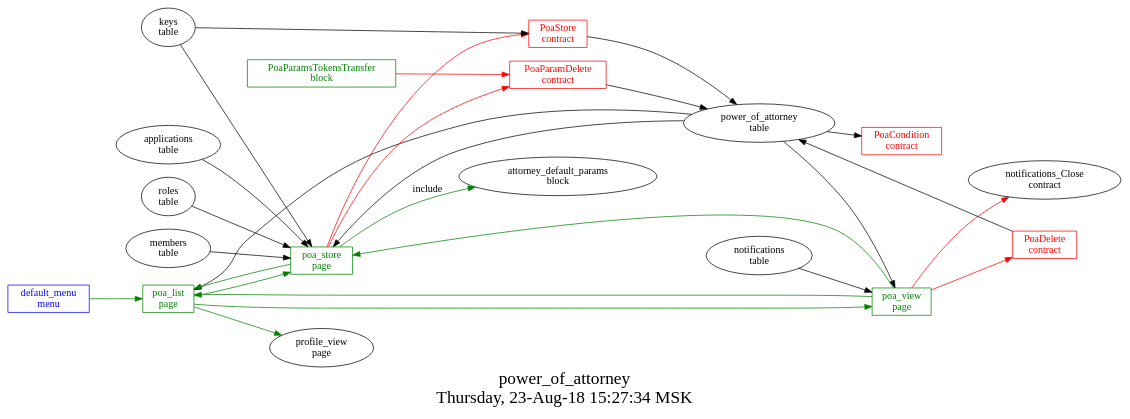
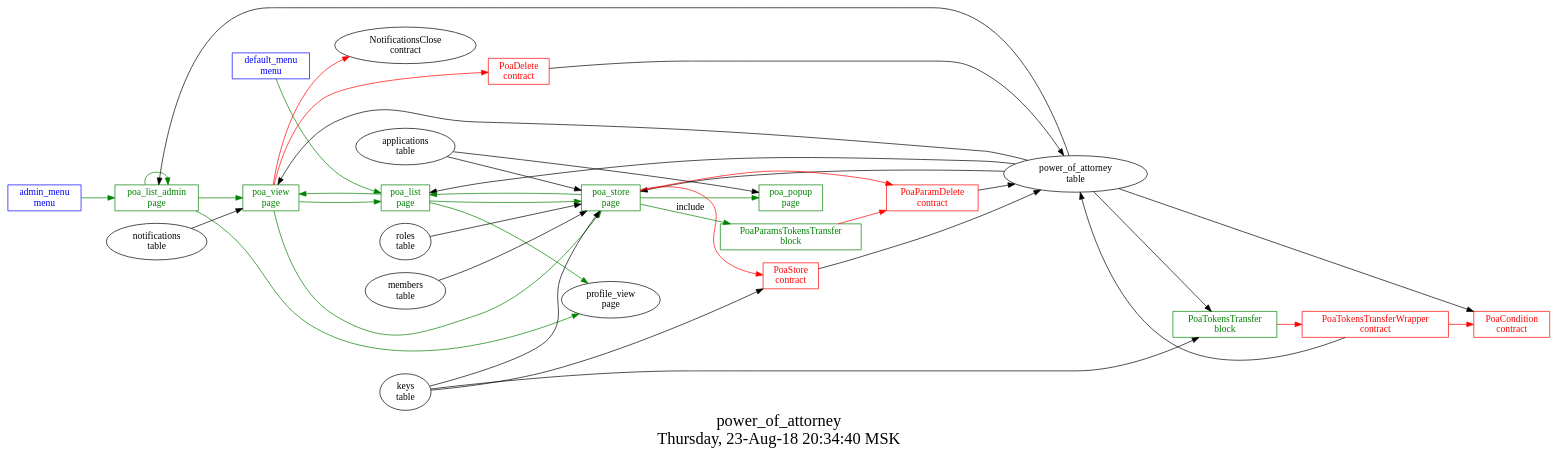
Before and after one commit to AlexZeDim/apps: the diagram in src/power_of_attorney/struct.dot, drawn with Graphviz. The commit also changed 37 other files, not shown here.

```diff
--- a/src/power_of_attorney/struct.dot
+++ b/src/power_of_attorney/struct.dot
@@ -1,46 +1,63 @@
 digraph G {
 graph [
   fontsize="24";
-  label="power_of_attorney\nThursday, 23-Aug-18 15:27:34 MSK";
+  label="power_of_attorney\nThursday, 23-Aug-18 20:34:40 MSK";
   nojustify=true;
   ordering=out;
   rankdir=LR;
   size="30";
 ];
+"admin_menu\nmenu" -> "poa_list_admin\npage"  [ color=green ]
+"admin_menu\nmenu" [color=blue, fontcolor=blue, group=menus, shape=record];
 "default_menu\nmenu" -> "poa_list\npage"  [ color=green ]
 "default_menu\nmenu" [color=blue, fontcolor=blue, group=menus, shape=record];
 "power_of_attorney\ntable" -> "poa_list\npage"
 "poa_list\npage" -> "poa_store\npage"  [ color=green ]
 "poa_list\npage" -> "poa_view\npage"  [ color=green ]
 "poa_list\npage" -> "profile_view\npage"  [ color=green ]
 "poa_list\npage" [color=green, fontcolor=green, group=pages, shape=record];
+"power_of_attorney\ntable" -> "poa_list_admin\npage"
+"poa_list_admin\npage" -> "poa_view\npage"  [ color=green ]
+"poa_list_admin\npage" -> "profile_view\npage"  [ color=green ]
+"poa_list_admin\npage" -> "poa_list_admin\npage"  [ color=green ]
+"poa_list_admin\npage" [color=green, fontcolor=green, group=pages, shape=record];
+"applications\ntable" -> "poa_popup\npage"
+"poa_popup\npage" [color=green, fontcolor=green, group=pages, shape=record];
 "poa_store\npage" -> "PoaParamDelete\ncontract"  [ color=red ]
 "poa_store\npage" -> "PoaStore\ncontract"  [ color=red ]
 "applications\ntable" -> "poa_store\npage"
 "roles\ntable" -> "poa_store\npage"
 "keys\ntable" -> "poa_store\npage"
 "members\ntable" -> "poa_store\npage"
 "power_of_attorney\ntable" -> "poa_store\npage"
 "poa_store\npage" -> "poa_list\npage"  [ color=green ]
-"poa_store\npage" -> "attorney_default_params\nblock"  [ color=green, label=include ]
+"poa_store\npage" -> "poa_popup\npage"  [ color=green ]
+"poa_store\npage" -> "PoaParamsTokensTransfer\nblock"  [ color=green, label=include ]
 "poa_store\npage" [color=green, fontcolor=green, group=pages, shape=record];
-"poa_view\npage" -> "notifications_Close\ncontract"  [ color=red ]
+"poa_view\npage" -> "NotificationsClose\ncontract"  [ color=red ]
 "poa_view\npage" -> "PoaDelete\ncontract"  [ color=red ]
 "notifications\ntable" -> "poa_view\npage"
 "power_of_attorney\ntable" -> "poa_view\npage"
 "poa_view\npage" -> "poa_list\npage"  [ color=green ]
 "poa_view\npage" -> "poa_store\npage"  [ color=green ]
 "poa_view\npage" [color=green, fontcolor=green, group=pages, shape=record];
 "PoaParamsTokensTransfer\nblock" -> "PoaParamDelete\ncontract"  [ color=red ]
 "PoaParamsTokensTransfer\nblock" [color=green, fontcolor=green, group=blocks, shape=record];
+"PoaTokensTransfer\nblock" -> "PoaTokensTransferWrapper\ncontract"  [ color=red ]
+"power_of_attorney\ntable" -> "PoaTokensTransfer\nblock"
+"keys\ntable" -> "PoaTokensTransfer\nblock"
+"PoaTokensTransfer\nblock" [color=green, fontcolor=green, group=blocks, shape=record];
 "power_of_attorney\ntable" -> "PoaCondition\ncontract"
 "PoaCondition\ncontract" [color=red, fontcolor=red, group=contracts, shape=record];
 "PoaDelete\ncontract" -> "power_of_attorney\ntable"  [ color="" ]
 "PoaDelete\ncontract" [color=red, fontcolor=red, group=contracts, shape=record];
 "PoaParamDelete\ncontract" -> "power_of_attorney\ntable"  [ color="" ]
 "PoaParamDelete\ncontract" [color=red, fontcolor=red, group=contracts, shape=record];
 "PoaStore\ncontract" -> "power_of_attorney\ntable"  [ color="" ]
 "keys\ntable" -> "PoaStore\ncontract"
 "PoaStore\ncontract" [color=red, fontcolor=red, group=contracts, shape=record];
+"PoaTokensTransferWrapper\ncontract" -> "PoaCondition\ncontract"  [ color=red ]
+"PoaTokensTransferWrapper\ncontract" -> "power_of_attorney\ntable"  [ color="" ]
+"PoaTokensTransferWrapper\ncontract" [color=red, fontcolor=red, group=contracts, shape=record];
 "power_of_attorney\ntable" [color="", fontcolor="", group=tables, shape=""];
 }
```
